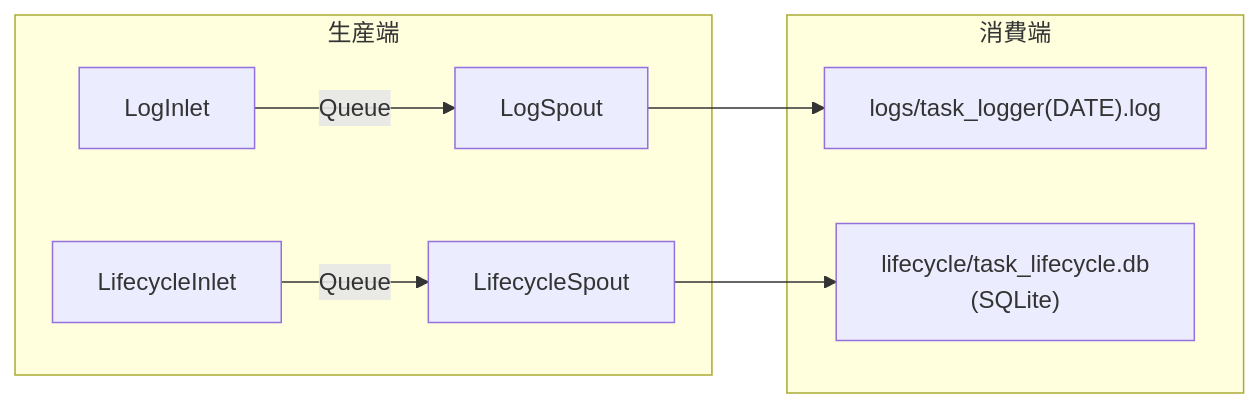
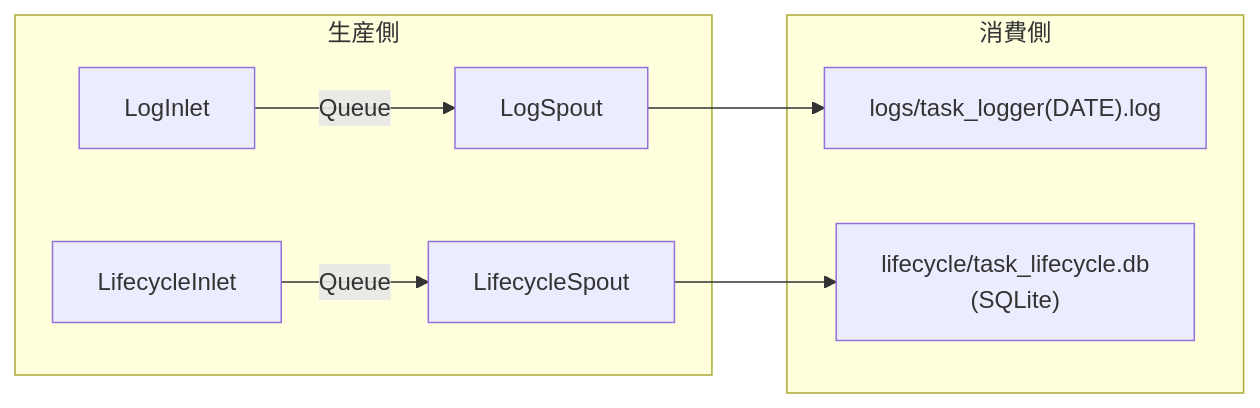
Before and after one commit to Mr-xiaotian/CelestialFlow: the sixth of 9 diagrams in docs/ja/presentation.md, drawn with Mermaid. The commit also changed other lines of this file and 211 other files, not shown here.

````diff
--- a/docs/ja/presentation.md
+++ b/docs/ja/presentation.md
@@ -329,12 +318,12 @@
 ```mermaid
 graph LR
-    subgraph 生産端
+    subgraph 生産側
         A[LogInlet] -->|Queue| B[LogSpout]
         C[LifecycleInlet] -->|Queue| D[LifecycleSpout]
     end
 
-    subgraph 消費端
+    subgraph 消費側
         B --> E["logs/task_logger(DATE).log"]
         D --> F["lifecycle/task_lifecycle.db<br/>(SQLite)"]
     end
 ```
````
